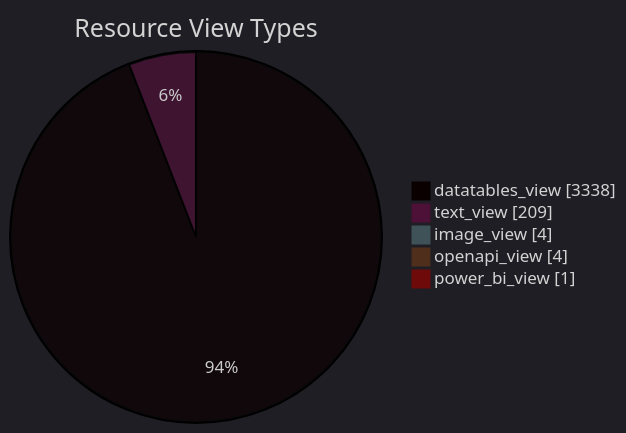
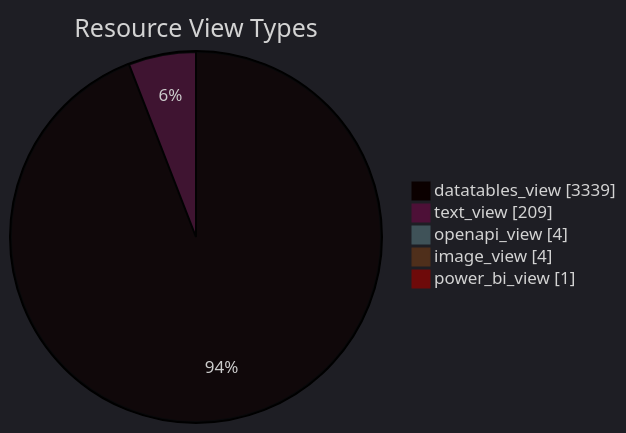
One commit to open-data/analytics-corporate-reporting changed the diagram in datastore_tracker/resource_view_types_pie_chart.md. Above: the diagram before and after it, drawn with Mermaid. The commit also changed 9 other files, not shown here.

````diff
--- a/datastore_tracker/resource_view_types_pie_chart.md
+++ b/datastore_tracker/resource_view_types_pie_chart.md
@@ -2,12 +2,12 @@
 ```mermaid
 ---
 config:
   theme: dark
 ---
 pie showData title Resource View Types
-    "datatables_view": 3338
+    "datatables_view": 3339
     "text_view": 209
+    "openapi_view": 4
     "image_view": 4
-    "openapi_view": 4
     "power_bi_view": 1
 ```
````
